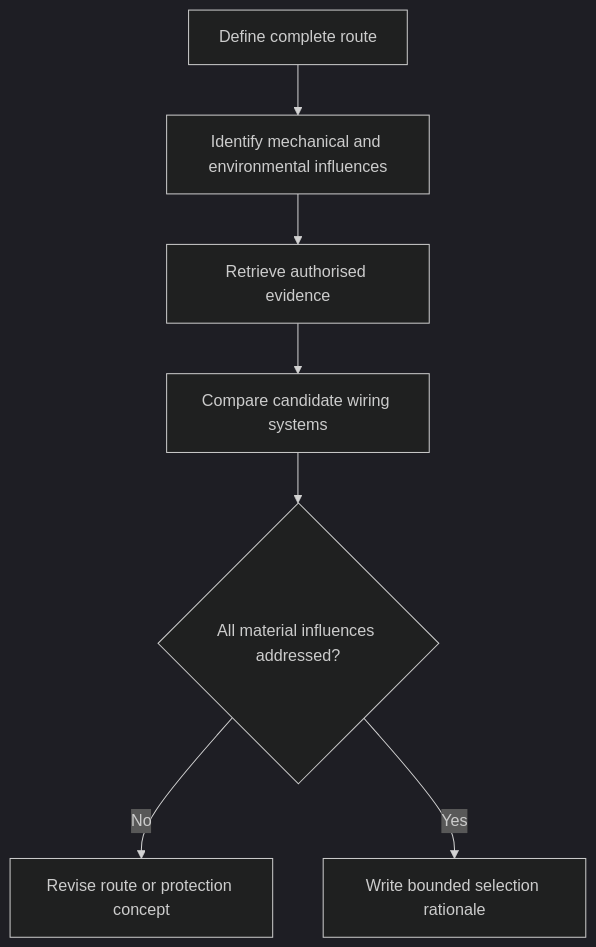
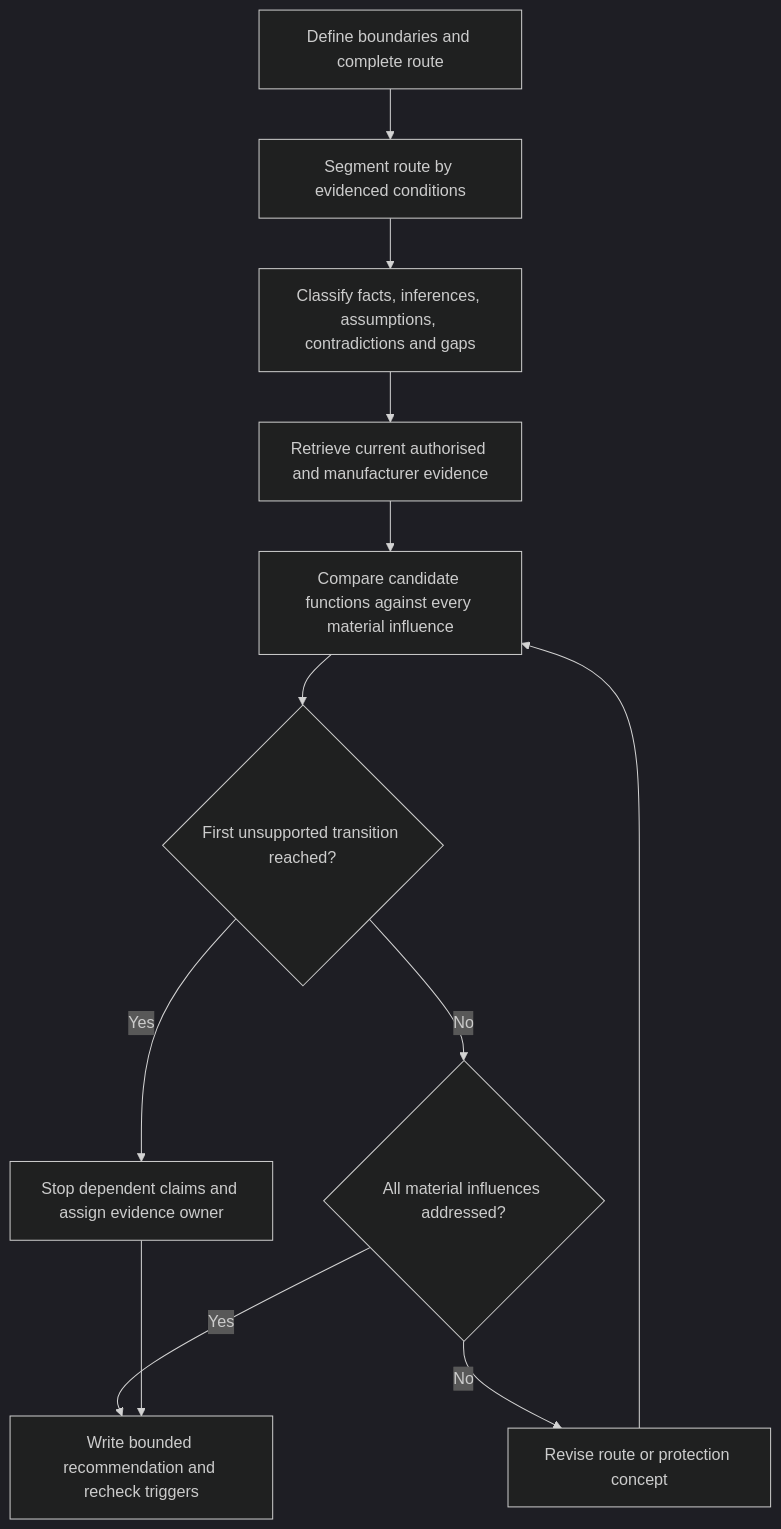
One commit to andrew3stedall/capstone changed the first of 2 diagrams in docs/learning-plans/12-week/modules/day-43-wiring-system-selection-and-mechanical-protection.md. Above: the diagram before and after it, drawn with Mermaid (dark theme). The commit also changed other lines of this file and 3 other files, not shown here.

Commit message:
Improve Day 43 wiring-system selection module

````diff
--- a/docs/learning-plans/12-week/modules/day-43-wiring-system-selection-and-mechanical-protection.md
+++ b/docs/learning-plans/12-week/modules/day-43-wiring-system-selection-and-mechanical-protection.md
@@ -60,9 +88,14 @@
 ```mermaid
 flowchart TD
- A[Define complete route] --> B[Identify mechanical and environmental influences]
- B --> C[Retrieve authorised evidence]
- C --> D[Compare candidate wiring systems]
- D --> E{All material influences addressed?}
- E -->|No| F[Revise route or protection concept]
- E -->|Yes| G[Write bounded selection rationale]
+  A[Define boundaries and complete route] --> B[Segment route by evidenced conditions]
+  B --> C[Classify facts, inferences, assumptions, contradictions and gaps]
+  C --> D[Retrieve current authorised and manufacturer evidence]
+  D --> E[Compare candidate functions against every material influence]
+  E --> F{First unsupported transition reached?}
+  F -->|Yes| G[Stop dependent claims and assign evidence owner]
+  F -->|No| H{All material influences addressed?}
+  H -->|No| I[Revise route or protection concept]
+  H -->|Yes| J[Write bounded recommendation and recheck triggers]
+  G --> J
+  I --> E
 ```
````
